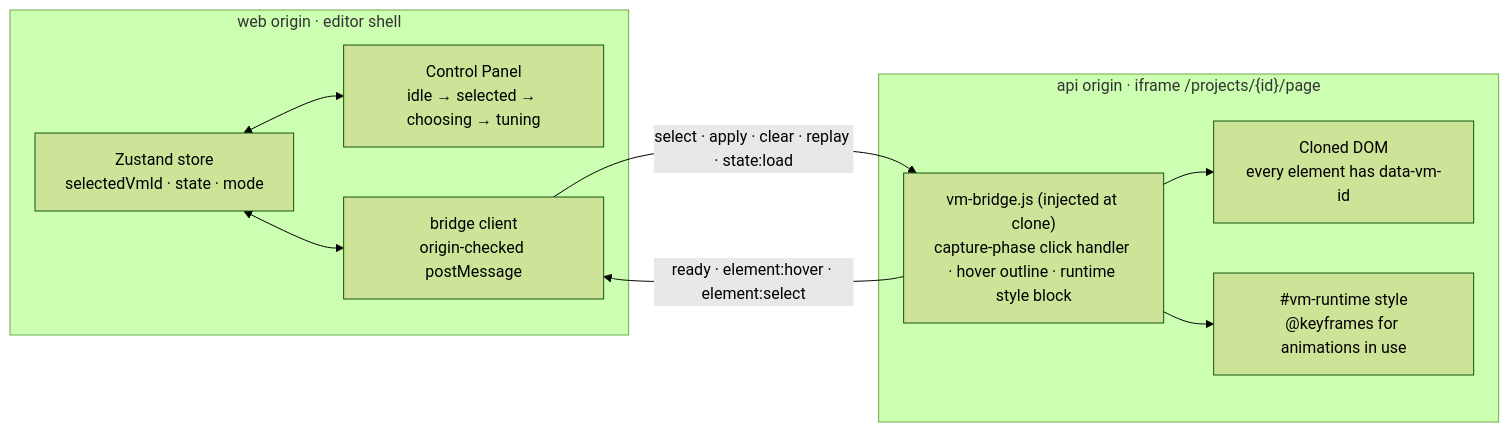
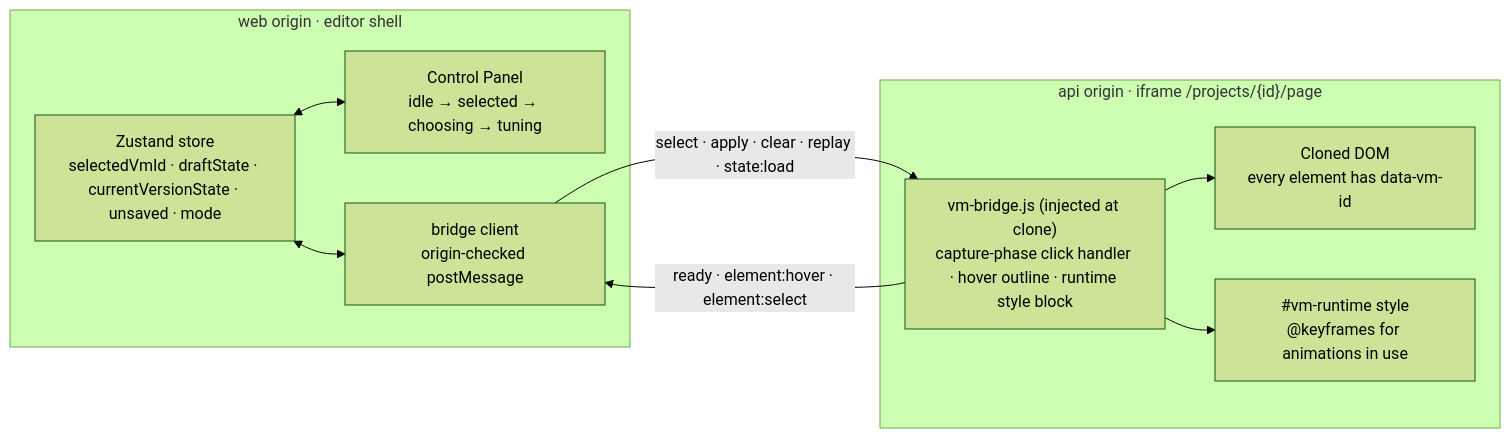
One commit to ludaxkris/vibe_motion changed the seventh of 10 diagrams in docs/architecture.md. Above: the diagram before and after it, drawn with Mermaid (forest theme). The commit also changed other lines of this file and 10 other files, not shown here.

First line of the commit message:
docs: diff-based versioning on explicit Save, pr_screenshot branch, user flow

````diff
--- a/docs/architecture.md
+++ b/docs/architecture.md
@@ -157,21 +174,21 @@
 ```mermaid
 flowchart LR
   subgraph shell["web origin · editor shell"]
-    store["Zustand store<br/>selectedVmId · state · mode"]
+    store["Zustand store<br/>selectedVmId · draftState · currentVersionState · unsaved · mode"]
     panel["Control Panel<br/>idle → selected → choosing → tuning"]
     bridgeClient["bridge client<br/>origin-checked postMessage"]
     store <--> panel
     store <--> bridgeClient
   end
 
   subgraph frame["api origin · iframe /projects/{id}/page"]
     bridgeScript["vm-bridge.js (injected at clone)<br/>capture-phase click handler · hover outline · runtime style block"]
     dom["Cloned DOM<br/>every element has data-vm-id"]
     runtime["#vm-runtime style<br/>@keyframes for animations in use"]
     bridgeScript --> dom
     bridgeScript --> runtime
   end
 
   bridgeClient -- "select · apply · clear · replay · state:load" --> bridgeScript
   bridgeScript -- "ready · element:hover · element:select" --> bridgeClient
 ```
````
